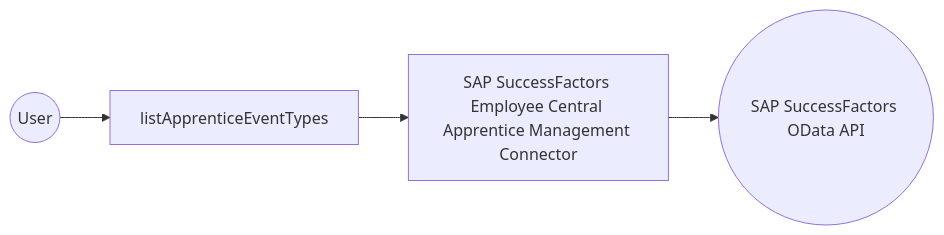
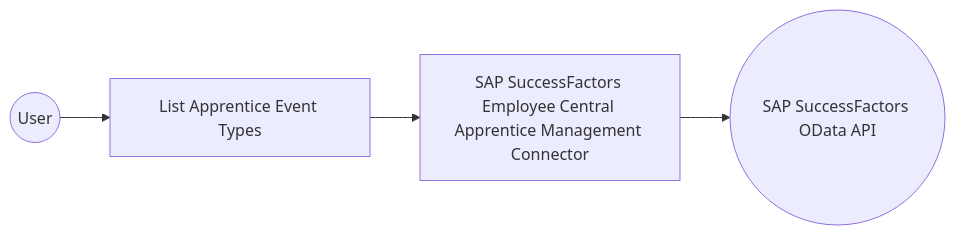
The diagram in en/docs/connectors/catalog/hrms/sap.successfactors.ecapprenticemanagement/example.md (wso2/docs-integrator), drawn with Mermaid before and after one commit. The commit also changed other lines of this file and 6 other files, not shown here.

````diff
--- a/en/docs/connectors/catalog/hrms/sap.successfactors.ecapprenticemanagement/example.md
+++ b/en/docs/connectors/catalog/hrms/sap.successfactors.ecapprenticemanagement/example.md
@@ -12,6 +12,6 @@
 ```mermaid
 flowchart LR
-    A((User)) --> B[listApprenticeEventTypes]
+    A((User)) --> B[List Apprentice Event Types]
     B --> C[SAP SuccessFactors Employee Central Apprentice Management Connector]
     C --> D((SAP SuccessFactors OData API))
 ```
````
